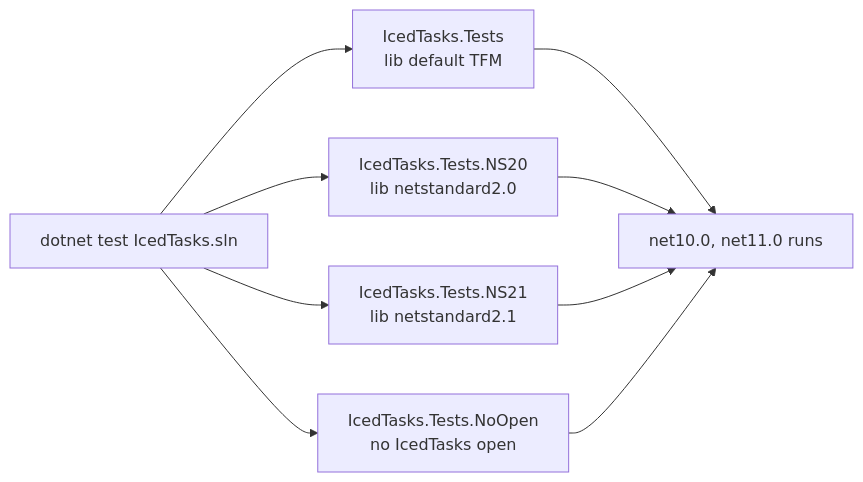
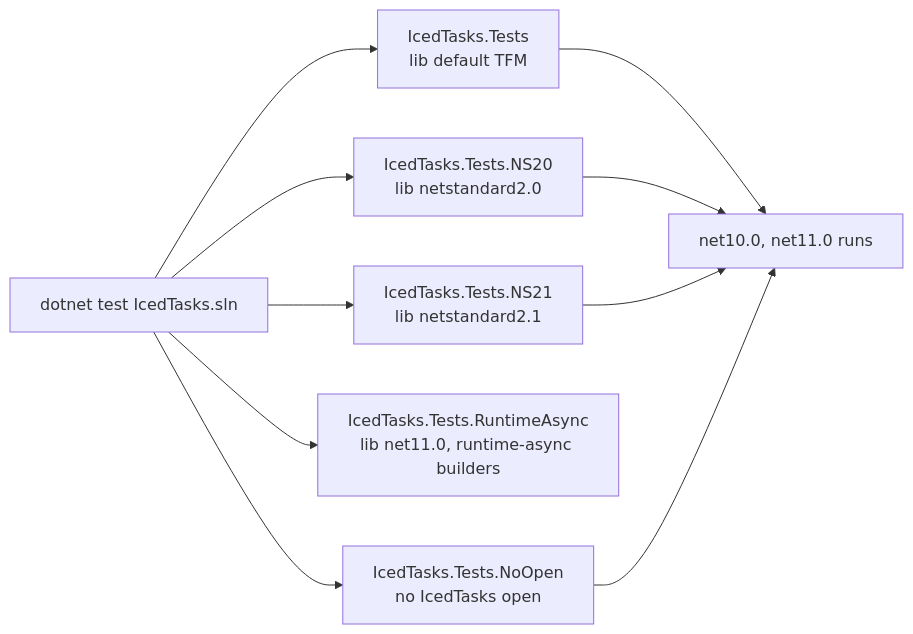
One commit to TheAngryByrd/IcedTasks changed the diagram in lode/tests/summary.md. Above: the diagram before and after it, drawn with Mermaid. The commit also changed other lines of this file and 43 other files, not shown here.

First line of the commit message:
Add runtime-async task, cold, and cancellable builders for F# 11 (#62)

````diff
--- a/lode/tests/summary.md
+++ b/lode/tests/summary.md
@@ -28,11 +28,12 @@
 ```mermaid
 flowchart LR
     sln["dotnet test IcedTasks.sln"] --> t["IcedTasks.Tests<br/>lib default TFM"]
     sln --> n20["IcedTasks.Tests.NS20<br/>lib netstandard2.0"]
     sln --> n21["IcedTasks.Tests.NS21<br/>lib netstandard2.1"]
+    sln --> rt["IcedTasks.Tests.RuntimeAsync<br/>lib net11.0, runtime-async builders"]
     sln --> no["IcedTasks.Tests.NoOpen<br/>no IcedTasks open"]
     t --> r["net10.0, net11.0 runs"]
     n20 --> r
     n21 --> r
     no --> r
 ```
````
